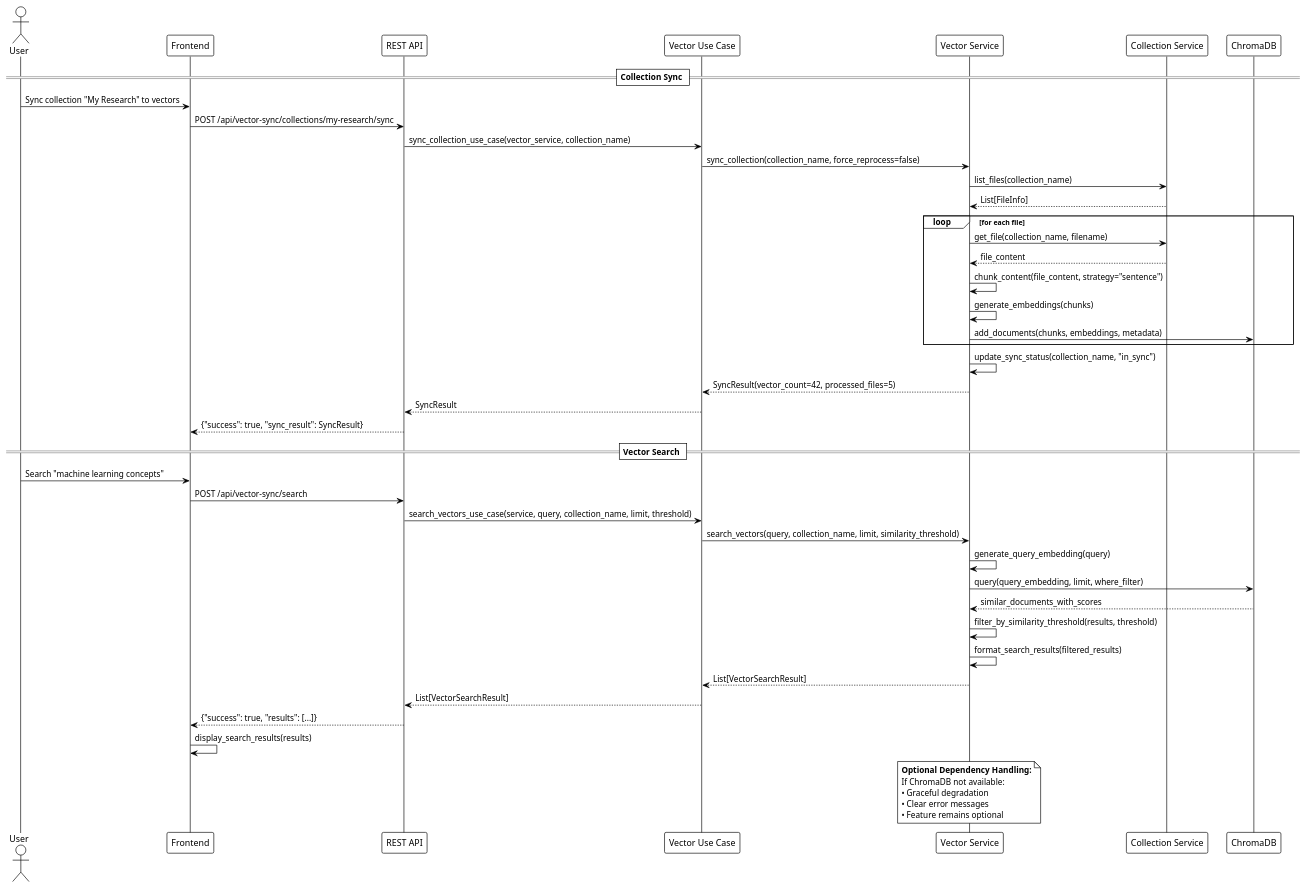
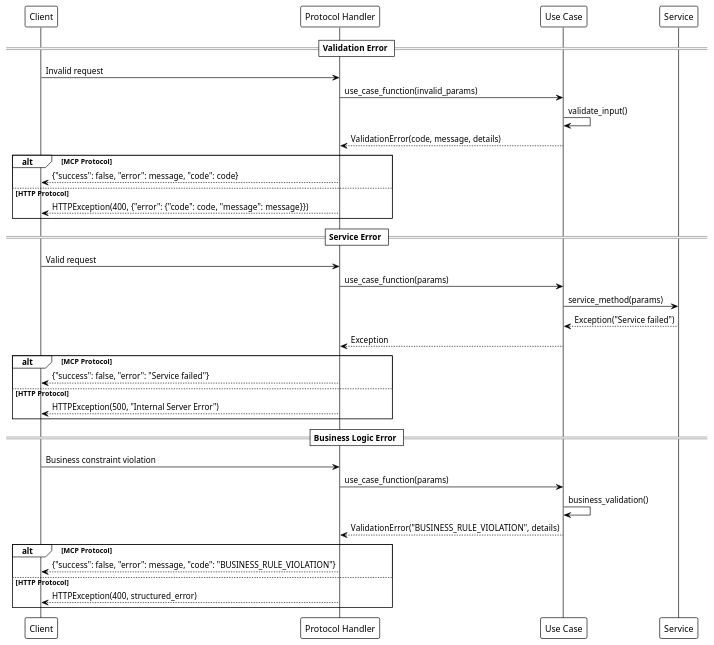
The ninth of 13 diagrams in docs/ARCHITECTURE.md (fwegener83/crawl4ai-mcp-server), drawn with PlantUML before and after one commit. The commit also changed other lines of this file and 36 other files, not shown here.

````diff
--- a/docs/ARCHITECTURE.md
+++ b/docs/ARCHITECTURE.md
@@ -699,61 +563,48 @@
 ```puml
-@startuml Vector Search Workflow
+@startuml error_handling
 !theme plain
 
-actor User
-participant "Frontend" as FE
-participant "REST API" as API
-participant "Vector Use Case" as VUC
-participant "Vector Service" as VS
-participant "Collection Service" as CS
-participant "ChromaDB" as CDB
+participant "Client" as Client
+participant "Protocol Handler" as Protocol  
+participant "Use Case" as UC
+participant "Service" as Service
 
-== Collection Sync ==
-User -> FE: Sync collection "My Research" to vectors
-FE -> API: POST /api/vector-sync/collections/my-research/sync
-API -> VUC: sync_collection_use_case(vector_service, collection_name)
+== Validation Error ==
+Client -> Protocol: Invalid request
+Protocol -> UC: use_case_function(invalid_params)
+UC -> UC: validate_input()
+UC --> Protocol: ValidationError(code, message, details)
 
-VUC -> VS: sync_collection(collection_name, force_reprocess=false)
-VS -> CS: list_files(collection_name)
-CS --> VS: List[FileInfo]
-
-loop for each file
-  VS -> CS: get_file(collection_name, filename)
-  CS --> VS: file_content
-  VS -> VS: chunk_content(file_content, strategy="sentence")
-  VS -> VS: generate_embeddings(chunks)
-  VS -> CDB: add_documents(chunks, embeddings, metadata)
+alt MCP Protocol
+  Protocol --> Client: {"success": false, "error": message, "code": code}
+else HTTP Protocol
+  Protocol --> Client: HTTPException(400, {"error": {"code": code, "message": message}})
 end
 
-VS -> VS: update_sync_status(collection_name, "in_sync")
-VS --> VUC: SyncResult(vector_count=42, processed_files=5)
-VUC --> API: SyncResult
-API --> FE: {"success": true, "sync_result": SyncResult}
+== Service Error ==
+Client -> Protocol: Valid request
+Protocol -> UC: use_case_function(params)
+UC -> Service: service_method(params)
+Service --> UC: Exception("Service failed")
+UC --> Protocol: Exception
 
-== Vector Search ==
-User -> FE: Search "machine learning concepts"
-FE -> API: POST /api/vector-sync/search
-API -> VUC: search_vectors_use_case(service, query, collection_name, limit, threshold)
-VUC -> VS: search_vectors(query, collection_name, limit, similarity_threshold)
+alt MCP Protocol
+  Protocol --> Client: {"success": false, "error": "Service failed"}
+else HTTP Protocol
+  Protocol --> Client: HTTPException(500, "Internal Server Error")
+end
 
-VS -> VS: generate_query_embedding(query)
-VS -> CDB: query(query_embedding, limit, where_filter)
-CDB --> VS: similar_documents_with_scores
+== Business Logic Error ==
+Client -> Protocol: Business constraint violation
+Protocol -> UC: use_case_function(params)
+UC -> UC: business_validation()
+UC --> Protocol: ValidationError("BUSINESS_RULE_VIOLATION", details)
 
-VS -> VS: filter_by_similarity_threshold(results, threshold)
-VS -> VS: format_search_results(filtered_results)
-VS --> VUC: List[VectorSearchResult]
-VUC --> API: List[VectorSearchResult]
-API --> FE: {"success": true, "results": [...]}
-FE -> FE: display_search_results(results)
-
-note over VS
-  **Optional Dependency Handling:**
-  If ChromaDB not available:
-  • Graceful degradation
-  • Clear error messages  
-  • Feature remains optional
-end note
+alt MCP Protocol
+  Protocol --> Client: {"success": false, "error": message, "code": "BUSINESS_RULE_VIOLATION"}
+else HTTP Protocol
+  Protocol --> Client: HTTPException(400, structured_error)
+end
 
 @enduml
 ```
````
